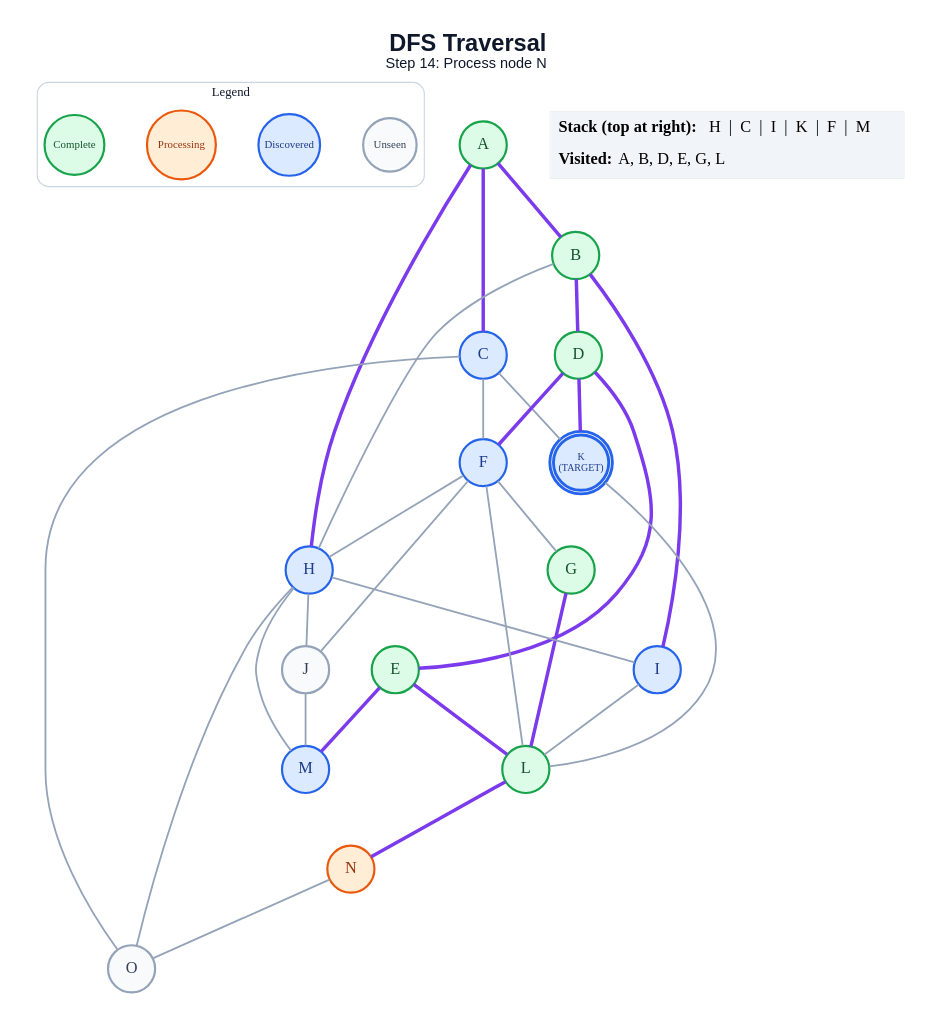
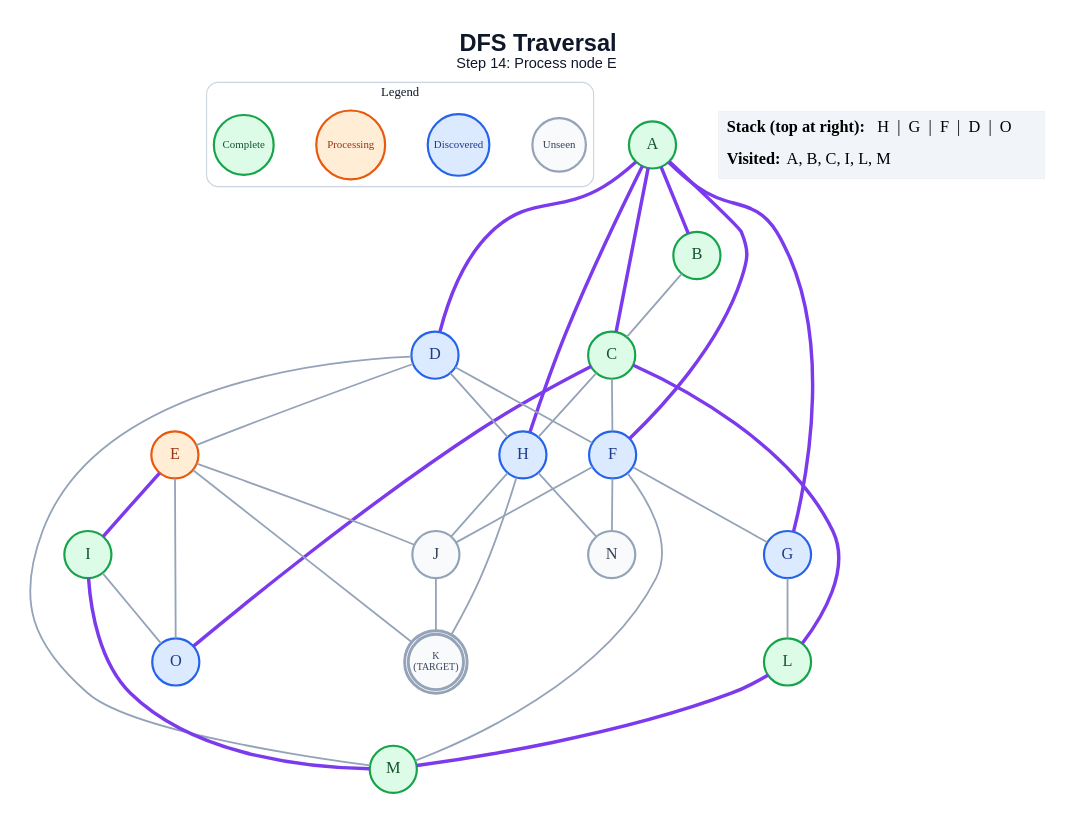
Before and after one commit to anon7238593-create/ai-slop: the diagram in generated/specific-node/dfs/step_14.dot, drawn with Graphviz. The commit also changed 291 other files, not shown here.

```diff
--- a/generated/specific-node/dfs/step_14.dot
+++ b/generated/specific-node/dfs/step_14.dot
@@ -1,62 +1,65 @@
 graph traversal {
   graph [layout=dot, rankdir=TB, bgcolor="#FFFFFF", pad="0.35", nodesep="0.65", ranksep="0.8", fontname="Arial"];
   node [shape=circle, style="filled", fontname="Arial Bold", fontsize=18, width=0.72, fixedsize=true, penwidth=2.4];
   edge [color="#94A3B8", penwidth=2.0];
-  label=<<B>DFS Traversal</B><BR/><FONT POINT-SIZE="16">Step 14: Process node N</FONT>>; labelloc="t"; fontsize=26; fontname="Arial"; fontcolor="#0F172A";
+  label=<<B>DFS Traversal</B><BR/><FONT POINT-SIZE="16">Step 14: Process node E</FONT>>; labelloc="t"; fontsize=26; fontname="Arial"; fontcolor="#0F172A";
   subgraph cluster_legend { label="Legend"; color="#CBD5E1"; penwidth=1.2; style="rounded"; fontsize=14; fontname="Arial Bold";
     key_unseen [label="Unseen", fillcolor="#F8FAFC", color="#94A3B8", fontcolor="#334155", fontsize=12, width=0.82];
     key_frontier [label="Discovered", fillcolor="#DBEAFE", color="#2563EB", fontcolor="#1E3A8A", fontsize=12, width=0.95];
     key_current [label="Processing", fillcolor="#FFEDD5", color="#EA580C", fontcolor="#9A3412", fontsize=12, width=1.05];
     key_done [label="Complete", fillcolor="#DCFCE7", color="#16A34A", fontcolor="#14532D", fontsize=12, width=0.92];
     { rank=same; key_unseen; key_frontier; key_current; key_done; }
   }
   A [label="A", fillcolor="#DCFCE7", color="#16A34A", fontcolor="#14532D", peripheries=1, penwidth=2.4];
   B [label="B", fillcolor="#DCFCE7", color="#16A34A", fontcolor="#14532D", peripheries=1, penwidth=2.4];
-  C [label="C", fillcolor="#DBEAFE", color="#2563EB", fontcolor="#1E3A8A", peripheries=1, penwidth=2.4];
-  D [label="D", fillcolor="#DCFCE7", color="#16A34A", fontcolor="#14532D", peripheries=1, penwidth=2.4];
-  E [label="E", fillcolor="#DCFCE7", color="#16A34A", fontcolor="#14532D", peripheries=1, penwidth=2.4];
+  C [label="C", fillcolor="#DCFCE7", color="#16A34A", fontcolor="#14532D", peripheries=1, penwidth=2.4];
+  D [label="D", fillcolor="#DBEAFE", color="#2563EB", fontcolor="#1E3A8A", peripheries=1, penwidth=2.4];
+  E [label="E", fillcolor="#FFEDD5", color="#EA580C", fontcolor="#9A3412", peripheries=1, penwidth=2.4];
   F [label="F", fillcolor="#DBEAFE", color="#2563EB", fontcolor="#1E3A8A", peripheries=1, penwidth=2.4];
-  G [label="G", fillcolor="#DCFCE7", color="#16A34A", fontcolor="#14532D", peripheries=1, penwidth=2.4];
+  G [label="G", fillcolor="#DBEAFE", color="#2563EB", fontcolor="#1E3A8A", peripheries=1, penwidth=2.4];
   H [label="H", fillcolor="#DBEAFE", color="#2563EB", fontcolor="#1E3A8A", peripheries=1, penwidth=2.4];
-  I [label="I", fillcolor="#DBEAFE", color="#2563EB", fontcolor="#1E3A8A", peripheries=1, penwidth=2.4];
+  I [label="I", fillcolor="#DCFCE7", color="#16A34A", fontcolor="#14532D", peripheries=1, penwidth=2.4];
   J [label="J", fillcolor="#F8FAFC", color="#94A3B8", fontcolor="#334155", peripheries=1, penwidth=2.4];
-  K [label="K\n(TARGET)", fillcolor="#DBEAFE", color="#2563EB", fontcolor="#1E3A8A", peripheries=2, penwidth=3.2, fontsize=11, width=0.85, height=0.85];
+  K [label="K\n(TARGET)", fillcolor="#F8FAFC", color="#94A3B8", fontcolor="#334155", peripheries=2, penwidth=3.2, fontsize=11, width=0.85, height=0.85];
   L [label="L", fillcolor="#DCFCE7", color="#16A34A", fontcolor="#14532D", peripheries=1, penwidth=2.4];
-  M [label="M", fillcolor="#DBEAFE", color="#2563EB", fontcolor="#1E3A8A", peripheries=1, penwidth=2.4];
-  N [label="N", fillcolor="#FFEDD5", color="#EA580C", fontcolor="#9A3412", peripheries=1, penwidth=2.4];
-  O [label="O", fillcolor="#F8FAFC", color="#94A3B8", fontcolor="#334155", peripheries=1, penwidth=2.4];
+  M [label="M", fillcolor="#DCFCE7", color="#16A34A", fontcolor="#14532D", peripheries=1, penwidth=2.4];
+  N [label="N", fillcolor="#F8FAFC", color="#94A3B8", fontcolor="#334155", peripheries=1, penwidth=2.4];
+  O [label="O", fillcolor="#DBEAFE", color="#2563EB", fontcolor="#1E3A8A", peripheries=1, penwidth=2.4];
   A -- B [color="#7C3AED", penwidth=3.8];
   A -- C [color="#7C3AED", penwidth=3.8];
+  A -- D [color="#7C3AED", penwidth=3.8];
+  A -- F [color="#7C3AED", penwidth=3.8];
+  A -- G [color="#7C3AED", penwidth=3.8];
   A -- H [color="#7C3AED", penwidth=3.8];
-  B -- D [color="#7C3AED", penwidth=3.8];
-  B -- H;
-  B -- I [color="#7C3AED", penwidth=3.8];
+  B -- C;
   C -- F;
-  C -- K;
-  C -- O;
-  D -- E [color="#7C3AED", penwidth=3.8];
-  D -- F [color="#7C3AED", penwidth=3.8];
-  D -- K [color="#7C3AED", penwidth=3.8];
-  E -- L [color="#7C3AED", penwidth=3.8];
-  E -- M [color="#7C3AED", penwidth=3.8];
+  C -- H;
+  C -- L [color="#7C3AED", penwidth=3.8];
+  C -- O [color="#7C3AED", penwidth=3.8];
+  D -- E;
+  D -- F;
+  D -- H;
+  D -- M;
+  E -- I [color="#7C3AED", penwidth=3.8];
+  E -- J;
+  E -- K;
+  E -- O;
   F -- G;
-  F -- H;
   F -- J;
-  F -- L;
-  G -- L [color="#7C3AED", penwidth=3.8];
-  H -- I;
+  F -- M;
+  F -- N;
+  G -- L;
   H -- J;
-  H -- M;
-  H -- O;
-  I -- L;
-  J -- M;
-  K -- L;
-  L -- N [color="#7C3AED", penwidth=3.8];
-  N -- O;
+  H -- K;
+  H -- N;
+  I -- M [color="#7C3AED", penwidth=3.8];
+  I -- O;
+  J -- K;
+  L -- M [color="#7C3AED", penwidth=3.8];
   status [shape=plain, fixedsize=false, width=0, height=0, margin=0, label=<
     <TABLE BORDER="0" CELLBORDER="0" CELLPADDING="7" BGCOLOR="#F1F5F9">
-      <TR><TD ALIGN="LEFT"><B>Stack (top at right):</B> H  |  C  |  I  |  K  |  F  |  M</TD></TR>
-      <TR><TD ALIGN="LEFT"><B>Visited:</B> A, B, D, E, G, L</TD></TR>
+      <TR><TD ALIGN="LEFT"><B>Stack (top at right):</B> H  |  G  |  F  |  D  |  O</TD></TR>
+      <TR><TD ALIGN="LEFT"><B>Visited:</B> A, B, C, I, L, M</TD></TR>
     </TABLE>
   >];
 }
```
